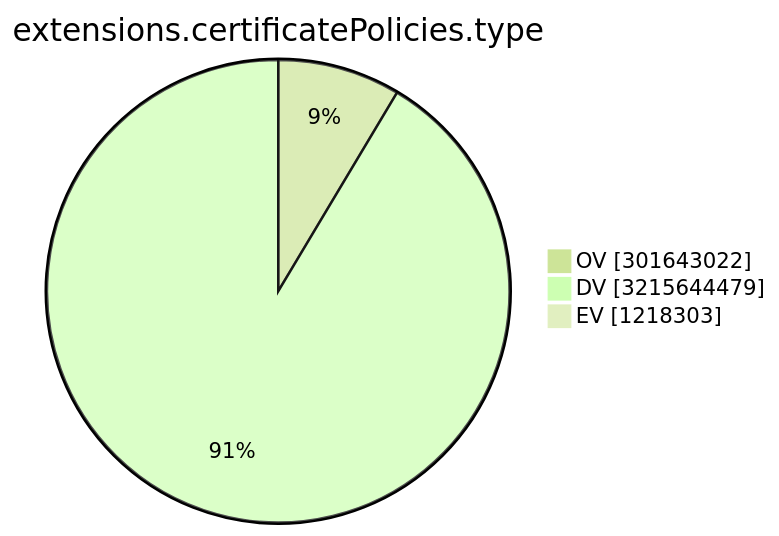
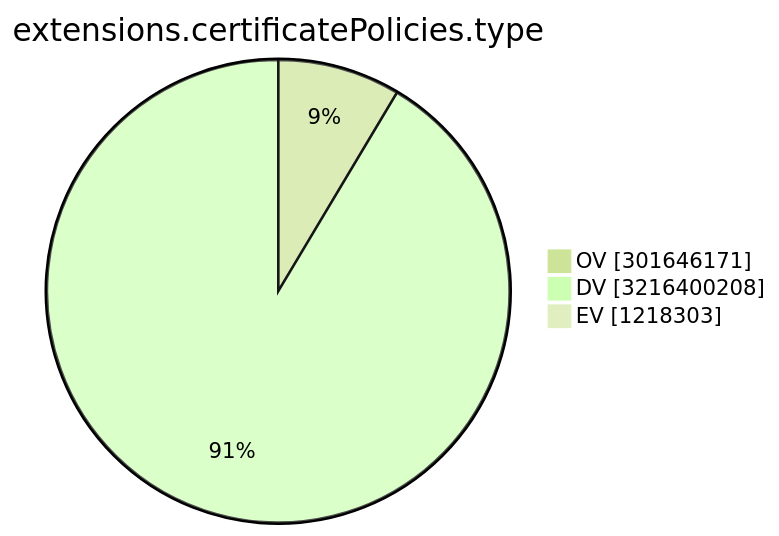
Before and after one commit to christiankrug/ctmonitor_visualization: the ninth of 15 diagrams in TOTAL/README.md, drawn with Mermaid (forest theme). The commit also changed other lines of this file, not shown here.

````diff
--- a/TOTAL/README.md
+++ b/TOTAL/README.md
@@ -3106,7 +3106,7 @@
 ```mermaid
 pie showData
 title extensions.certificatePolicies.type
-"OV" :301643022
-"DV" :3215644479
+"OV" :301646171
+"DV" :3216400208
 "EV" :1218303
 ```
````
